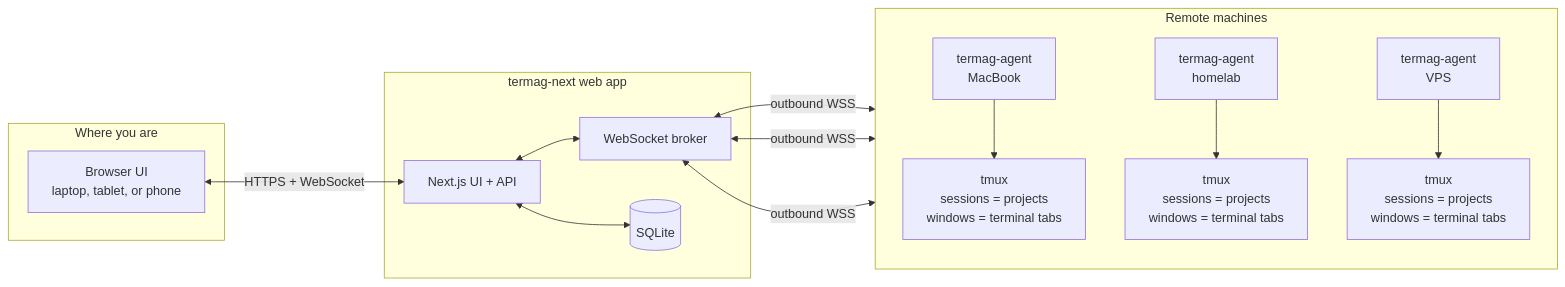
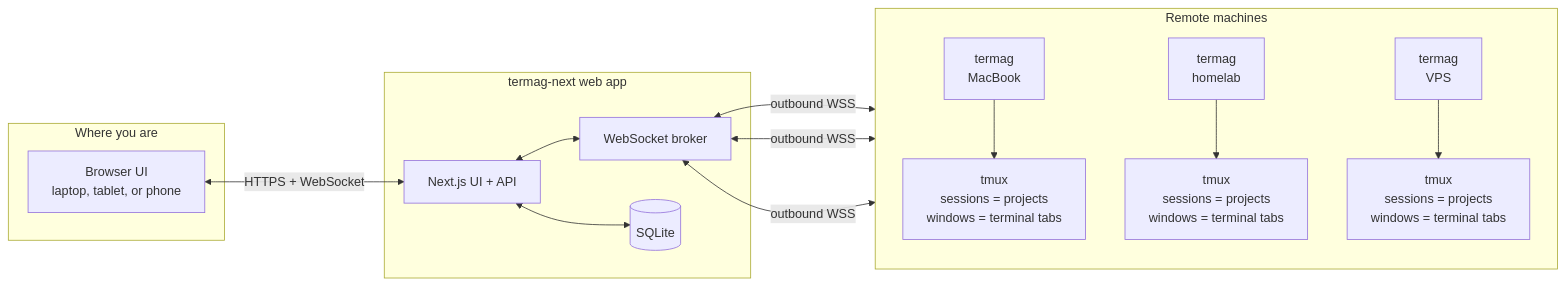
One commit to yeutterg/termag changed the first of 2 diagrams in README.md. Above: the diagram before and after it, drawn with Mermaid. The commit also changed other lines of this file and 12 other files, not shown here.

````diff
--- a/README.md
+++ b/README.md
@@ -13,26 +13,26 @@
 ```mermaid
 flowchart LR
   subgraph Client["Where you are"]
     Browser["Browser UI<br/>laptop, tablet, or phone"]
   end
 
   subgraph Web["termag-next web app"]
     Next["Next.js UI + API"]
     Broker["WebSocket broker"]
     DB[("SQLite")]
     Next <--> Broker
     Next <--> DB
   end
 
   subgraph Machines["Remote machines"]
     direction TB
-    AgentA["termag-agent<br/>MacBook"] --> TmuxA["tmux<br/>sessions = projects<br/>windows = terminal tabs"]
-    AgentB["termag-agent<br/>homelab"] --> TmuxB["tmux<br/>sessions = projects<br/>windows = terminal tabs"]
-    AgentC["termag-agent<br/>VPS"] --> TmuxC["tmux<br/>sessions = projects<br/>windows = terminal tabs"]
+    AgentA["termag<br/>MacBook"] --> TmuxA["tmux<br/>sessions = projects<br/>windows = terminal tabs"]
+    AgentB["termag<br/>homelab"] --> TmuxB["tmux<br/>sessions = projects<br/>windows = terminal tabs"]
+    AgentC["termag<br/>VPS"] --> TmuxC["tmux<br/>sessions = projects<br/>windows = terminal tabs"]
   end
 
   Browser <-->|HTTPS + WebSocket| Next
   Broker <-->|outbound WSS| AgentA
   Broker <-->|outbound WSS| AgentB
   Broker <-->|outbound WSS| AgentC
 ```
````
